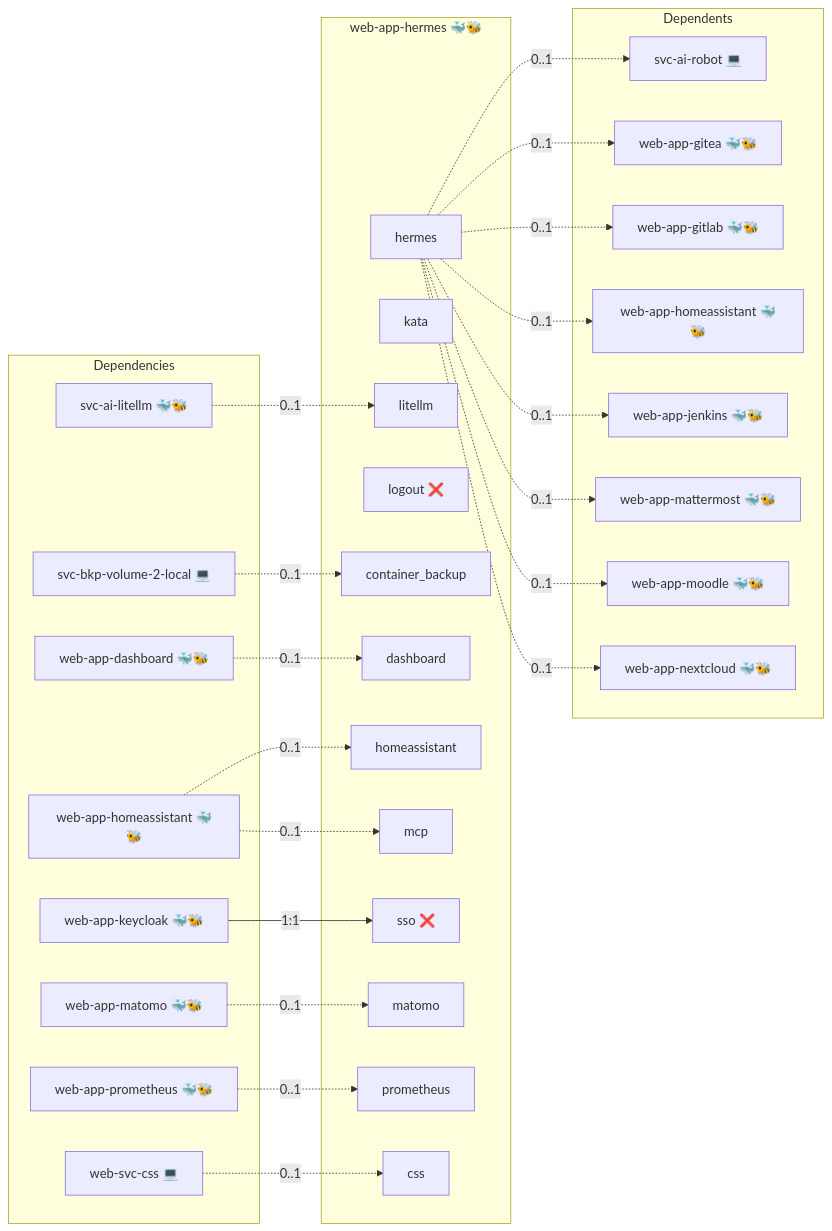
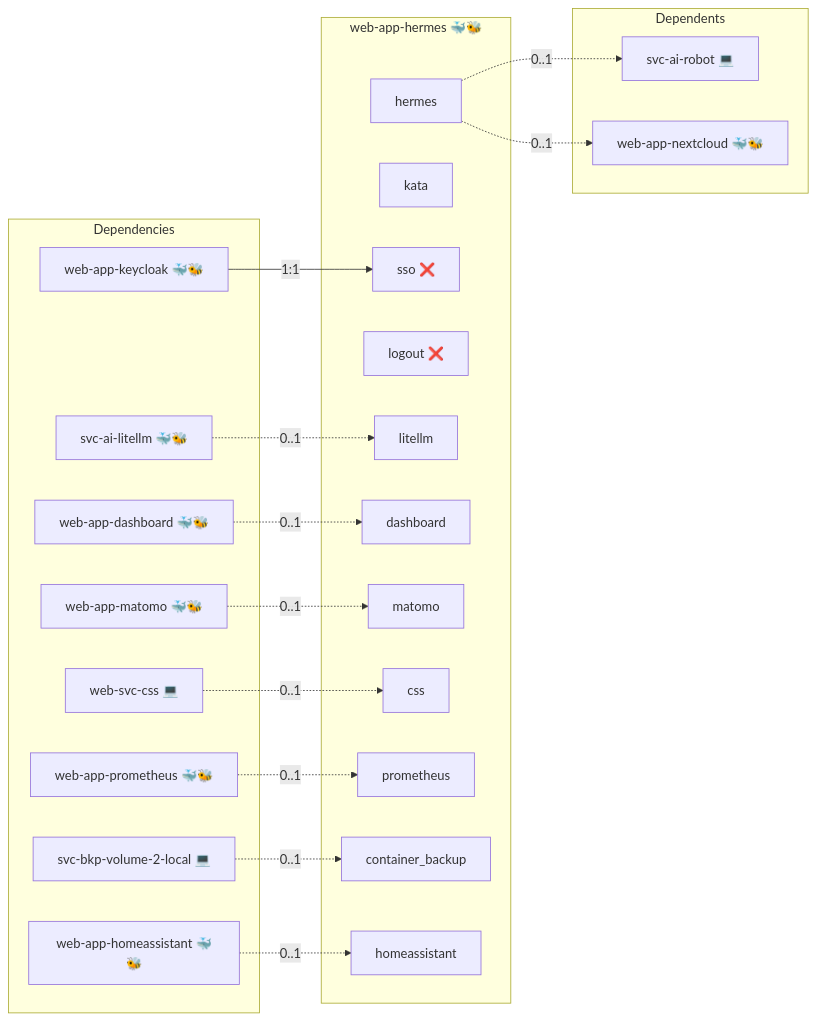
The diagram in roles/web-app-hermes/README.md (infinito-nexus/core), drawn with Mermaid before and after one commit. The commit also changed other lines of this file and 142 other files, not shown here.

````diff
--- a/roles/web-app-hermes/README.md
+++ b/roles/web-app-hermes/README.md
@@ -15,54 +15,40 @@
 ```mermaid
 flowchart LR
     subgraph deps [Dependencies]
         dep_svc_ai_litellm["svc-ai-litellm 🐳🐝"]
         dep_svc_bkp_volume_2_local["svc-bkp-volume-2-local 💻"]
         dep_web_app_dashboard["web-app-dashboard 🐳🐝"]
         dep_web_app_homeassistant["web-app-homeassistant 🐳🐝"]
         dep_web_app_keycloak["web-app-keycloak 🐳🐝"]
         dep_web_app_matomo["web-app-matomo 🐳🐝"]
         dep_web_app_prometheus["web-app-prometheus 🐳🐝"]
         dep_web_svc_css["web-svc-css 💻"]
     end
     subgraph role [web-app-hermes 🐳🐝]
         svc_hermes["hermes"]
         svc_kata["kata"]
         svc_sso["sso ❌"]
         svc_logout["logout ❌"]
         svc_litellm["litellm"]
-        svc_mcp["mcp"]
         svc_dashboard["dashboard"]
         svc_matomo["matomo"]
         svc_css["css"]
         svc_prometheus["prometheus"]
         svc_container_backup["container_backup"]
         svc_homeassistant["homeassistant"]
     end
     subgraph dependents [Dependents]
         dpt_svc_ai_robot["svc-ai-robot 💻"]
-        dpt_web_app_gitea["web-app-gitea 🐳🐝"]
-        dpt_web_app_gitlab["web-app-gitlab 🐳🐝"]
-        dpt_web_app_homeassistant["web-app-homeassistant 🐳🐝"]
-        dpt_web_app_jenkins["web-app-jenkins 🐳🐝"]
-        dpt_web_app_mattermost["web-app-mattermost 🐳🐝"]
-        dpt_web_app_moodle["web-app-moodle 🐳🐝"]
         dpt_web_app_nextcloud["web-app-nextcloud 🐳🐝"]
     end
     dep_svc_ai_litellm -. "0..1" .-> svc_litellm
     dep_svc_bkp_volume_2_local -. "0..1" .-> svc_container_backup
     dep_web_app_dashboard -. "0..1" .-> svc_dashboard
     dep_web_app_homeassistant -. "0..1" .-> svc_homeassistant
-    dep_web_app_homeassistant -. "0..1" .-> svc_mcp
     dep_web_app_keycloak -- "1:1" --> svc_sso
     dep_web_app_matomo -. "0..1" .-> svc_matomo
     dep_web_app_prometheus -. "0..1" .-> svc_prometheus
     dep_web_svc_css -. "0..1" .-> svc_css
     svc_hermes -. "0..1" .-> dpt_svc_ai_robot
-    svc_hermes -. "0..1" .-> dpt_web_app_gitea
-    svc_hermes -. "0..1" .-> dpt_web_app_gitlab
-    svc_hermes -. "0..1" .-> dpt_web_app_homeassistant
-    svc_hermes -. "0..1" .-> dpt_web_app_jenkins
-    svc_hermes -. "0..1" .-> dpt_web_app_mattermost
-    svc_hermes -. "0..1" .-> dpt_web_app_moodle
     svc_hermes -. "0..1" .-> dpt_web_app_nextcloud
 ```
````
